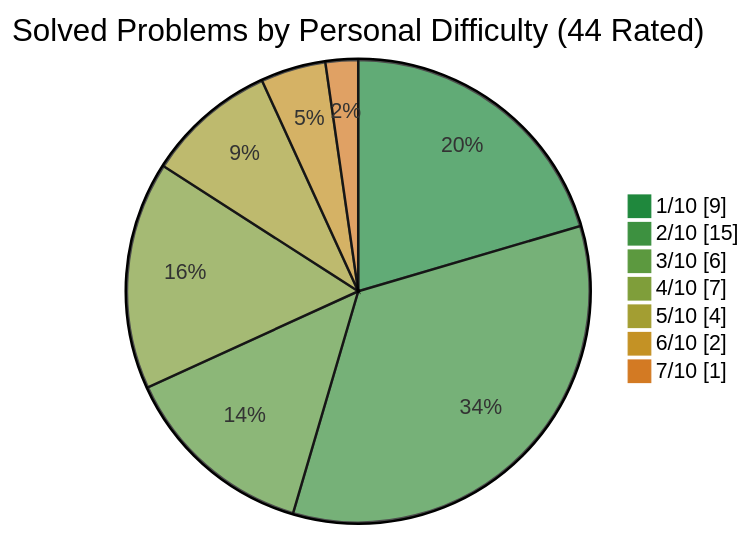
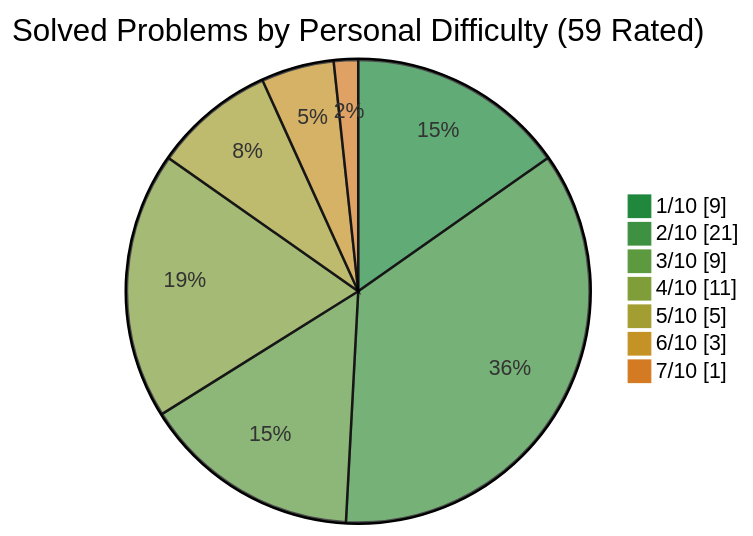
Before and after one commit to simonesiega/leetcode-solutions: the third of 4 diagrams in README.md, drawn with Mermaid. The commit also changed other lines of this file and 17 other files, not shown here.

````diff
--- a/README.md
+++ b/README.md
@@ -106,12 +111,12 @@
 ```mermaid
 %%{init: {"themeVariables":{"pie1":"#1f883d","pie2":"#3d9140","pie3":"#5c993f","pie4":"#7f9e3a","pie5":"#a39e32","pie6":"#c49225","pie7":"#d37a23"},"themeCSS":".pieCircle:nth-of-type(1){fill:#1f883d!important}.legend:nth-of-type(2) rect{fill:#1f883d!important;stroke:#1f883d!important}.pieCircle:nth-of-type(2){fill:#3d9140!important}.legend:nth-of-type(3) rect{fill:#3d9140!important;stroke:#3d9140!important}.pieCircle:nth-of-type(3){fill:#5c993f!important}.legend:nth-of-type(4) rect{fill:#5c993f!important;stroke:#5c993f!important}.pieCircle:nth-of-type(4){fill:#7f9e3a!important}.legend:nth-of-type(5) rect{fill:#7f9e3a!important;stroke:#7f9e3a!important}.pieCircle:nth-of-type(5){fill:#a39e32!important}.legend:nth-of-type(6) rect{fill:#a39e32!important;stroke:#a39e32!important}.pieCircle:nth-of-type(6){fill:#c49225!important}.legend:nth-of-type(7) rect{fill:#c49225!important;stroke:#c49225!important}.pieCircle:nth-of-type(7){fill:#d37a23!important}.legend:nth-of-type(8) rect{fill:#d37a23!important;stroke:#d37a23!important}"}}%%
 pie showData
-    title Solved Problems by Personal Difficulty (44 Rated)
+    title Solved Problems by Personal Difficulty (59 Rated)
     "1/10" : 9
-    "2/10" : 15
-    "3/10" : 6
-    "4/10" : 7
-    "5/10" : 4
-    "6/10" : 2
+    "2/10" : 21
+    "3/10" : 9
+    "4/10" : 11
+    "5/10" : 5
+    "6/10" : 3
     "7/10" : 1
 ```
````
